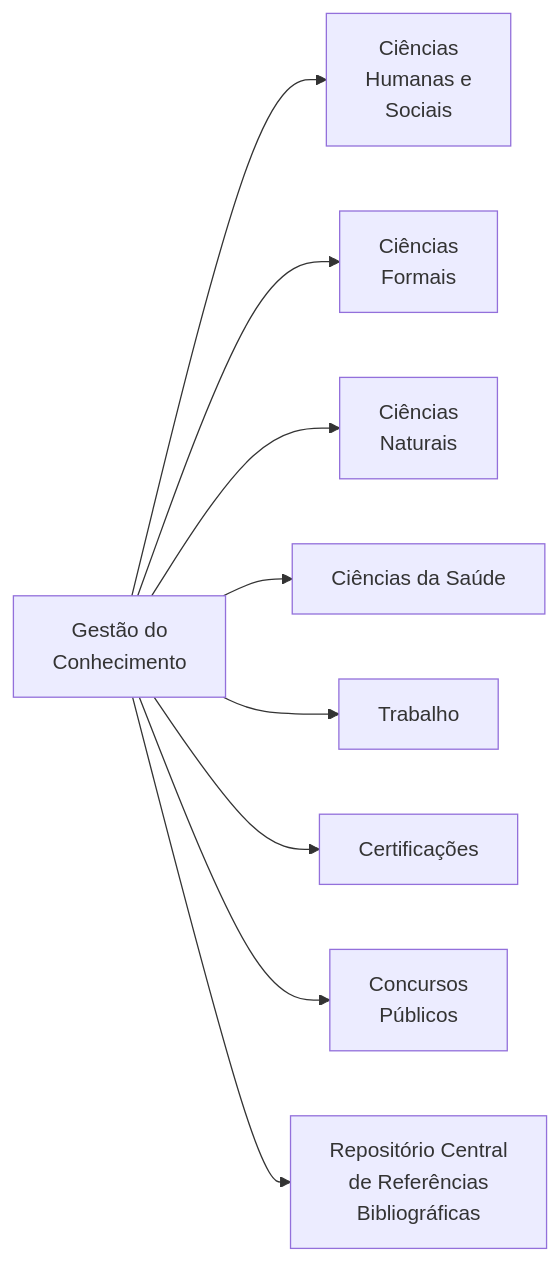
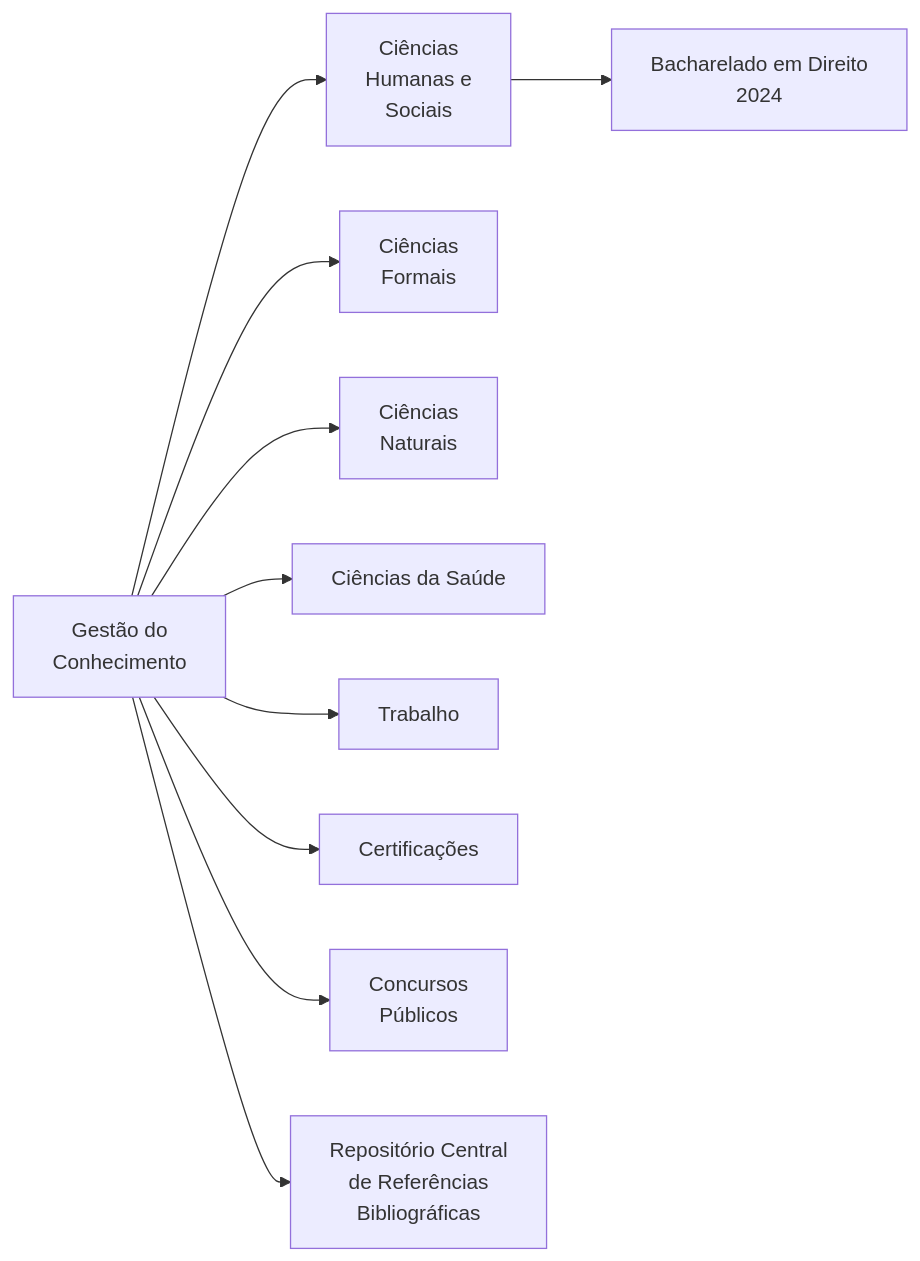
One commit to dnlclaudino/gestao-do-conhecimento changed the third of 6 diagrams in README.md. Above: the diagram before and after it, drawn with Mermaid. The commit also changed other lines of this file, not shown here.

Commit message:
Redigir: Acrescentar subseção para o repositorio "Bacharelado em Direito"

````diff
--- a/README.md
+++ b/README.md
@@ -107,11 +107,12 @@
 ```mermaid
 graph LR;
 A[Gestão do<br>Conhecimento ]-->CHS[Ciências<br>Humanas e<br>Sociais]
+    CHS-->BD[Bacharelado em Direito<br>2024]
   A-->CF[Ciências<br>Formais];
   A-->CN[Ciências<br>Naturais];
   A-->CS[Ciências da Saúde];
   A-->PRO[Trabalho];
   A-->CERT[Certificações];
   A-->CP[Concursos<br>Públicos];
   A-->RCRB[Repositório Central<br>de Referências<br>Bibliográficas]
 ```
````
